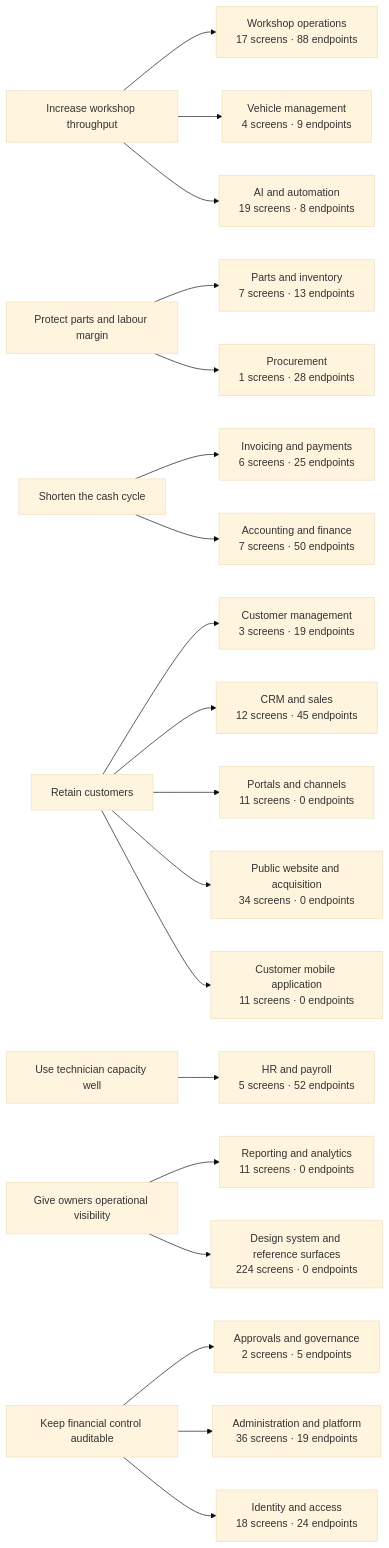
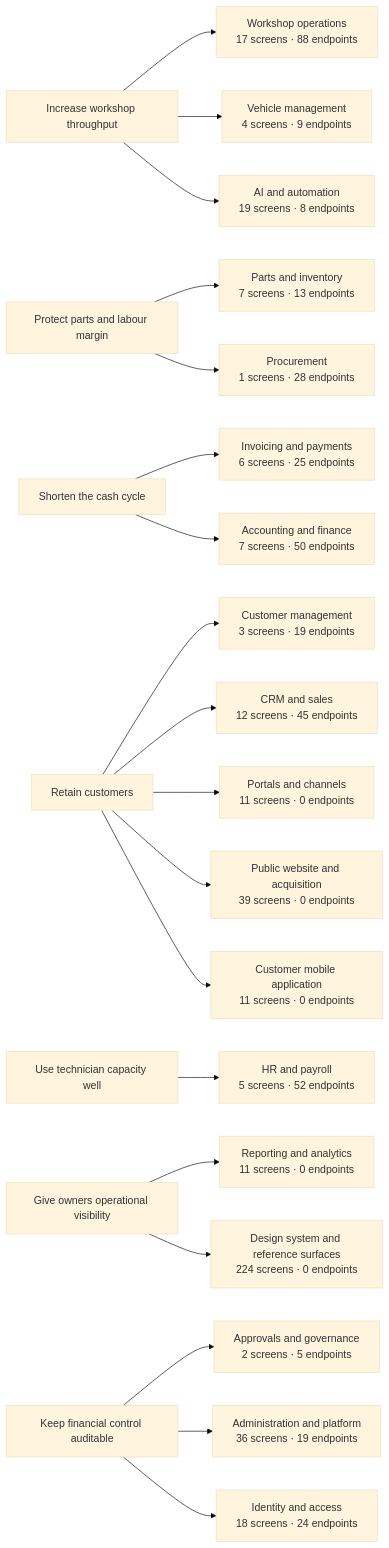
The diagram in docs/07_BUSINESS_ANALYSIS/BUSINESS_CAPABILITY_MAP.md (tazamohd/SlClNe), drawn with Mermaid (base theme) before and after one commit. The commit also changed other lines of this file and 60 other files, not shown here.

````diff
--- a/docs/07_BUSINESS_ANALYSIS/BUSINESS_CAPABILITY_MAP.md
+++ b/docs/07_BUSINESS_ANALYSIS/BUSINESS_CAPABILITY_MAP.md
@@ -22,46 +22,46 @@
 ```mermaid
 flowchart LR
   OBJ_THROUGHPUT["Increase workshop throughput"]
   OBJ_MARGIN["Protect parts and labour margin"]
   OBJ_CASH["Shorten the cash cycle"]
   OBJ_RETENTION["Retain customers"]
   OBJ_CAPACITY["Use technician capacity well"]
   OBJ_VISIBILITY["Give owners operational visibility"]
   OBJ_CONTROL["Keep financial control auditable"]
   CAP_WORKSHOP["Workshop operations<br/>17 screens · 88 endpoints"]
   OBJ_THROUGHPUT --> CAP_WORKSHOP
   CAP_CUSTOMERS["Customer management<br/>3 screens · 19 endpoints"]
   OBJ_RETENTION --> CAP_CUSTOMERS
   CAP_VEHICLES["Vehicle management<br/>4 screens · 9 endpoints"]
   OBJ_THROUGHPUT --> CAP_VEHICLES
   CAP_INVENTORY["Parts and inventory<br/>7 screens · 13 endpoints"]
   OBJ_MARGIN --> CAP_INVENTORY
   CAP_PROCUREMENT["Procurement<br/>1 screens · 28 endpoints"]
   OBJ_MARGIN --> CAP_PROCUREMENT
   CAP_BILLING["Invoicing and payments<br/>6 screens · 25 endpoints"]
   OBJ_CASH --> CAP_BILLING
   CAP_ACCOUNTING["Accounting and finance<br/>7 screens · 50 endpoints"]
   OBJ_CASH --> CAP_ACCOUNTING
   CAP_HR["HR and payroll<br/>5 screens · 52 endpoints"]
   OBJ_CAPACITY --> CAP_HR
   CAP_CRM["CRM and sales<br/>12 screens · 45 endpoints"]
   OBJ_RETENTION --> CAP_CRM
   CAP_REPORTING["Reporting and analytics<br/>11 screens · 0 endpoints"]
   OBJ_VISIBILITY --> CAP_REPORTING
   CAP_GOVERNANCE["Approvals and governance<br/>2 screens · 5 endpoints"]
   OBJ_CONTROL --> CAP_GOVERNANCE
   CAP_PORTALS["Portals and channels<br/>11 screens · 0 endpoints"]
   OBJ_RETENTION --> CAP_PORTALS
   CAP_AI["AI and automation<br/>19 screens · 8 endpoints"]
   OBJ_THROUGHPUT --> CAP_AI
   CAP_PLATFORM["Administration and platform<br/>36 screens · 19 endpoints"]
   OBJ_CONTROL --> CAP_PLATFORM
   CAP_IDENTITY["Identity and access<br/>18 screens · 24 endpoints"]
   OBJ_CONTROL --> CAP_IDENTITY
-  CAP_WEBSITE["Public website and acquisition<br/>34 screens · 0 endpoints"]
+  CAP_WEBSITE["Public website and acquisition<br/>39 screens · 0 endpoints"]
   OBJ_RETENTION --> CAP_WEBSITE
   CAP_CUSTOMERAPP["Customer mobile application<br/>11 screens · 0 endpoints"]
   OBJ_RETENTION --> CAP_CUSTOMERAPP
   CAP_DESIGNSYSTEM["Design system and reference surfaces<br/>224 screens · 0 endpoints"]
   OBJ_VISIBILITY --> CAP_DESIGNSYSTEM
 ```
````
